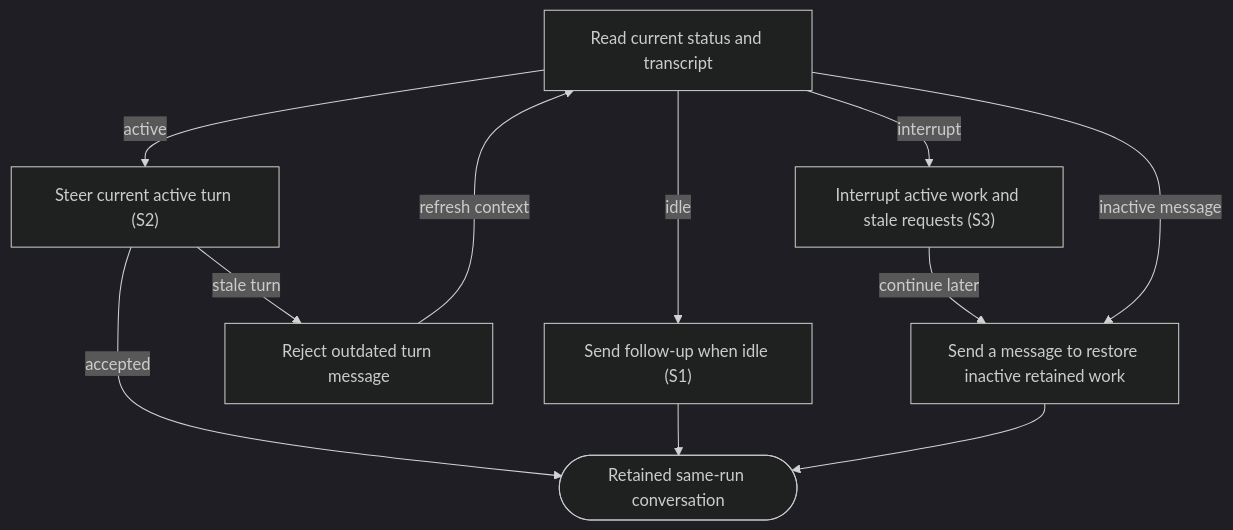
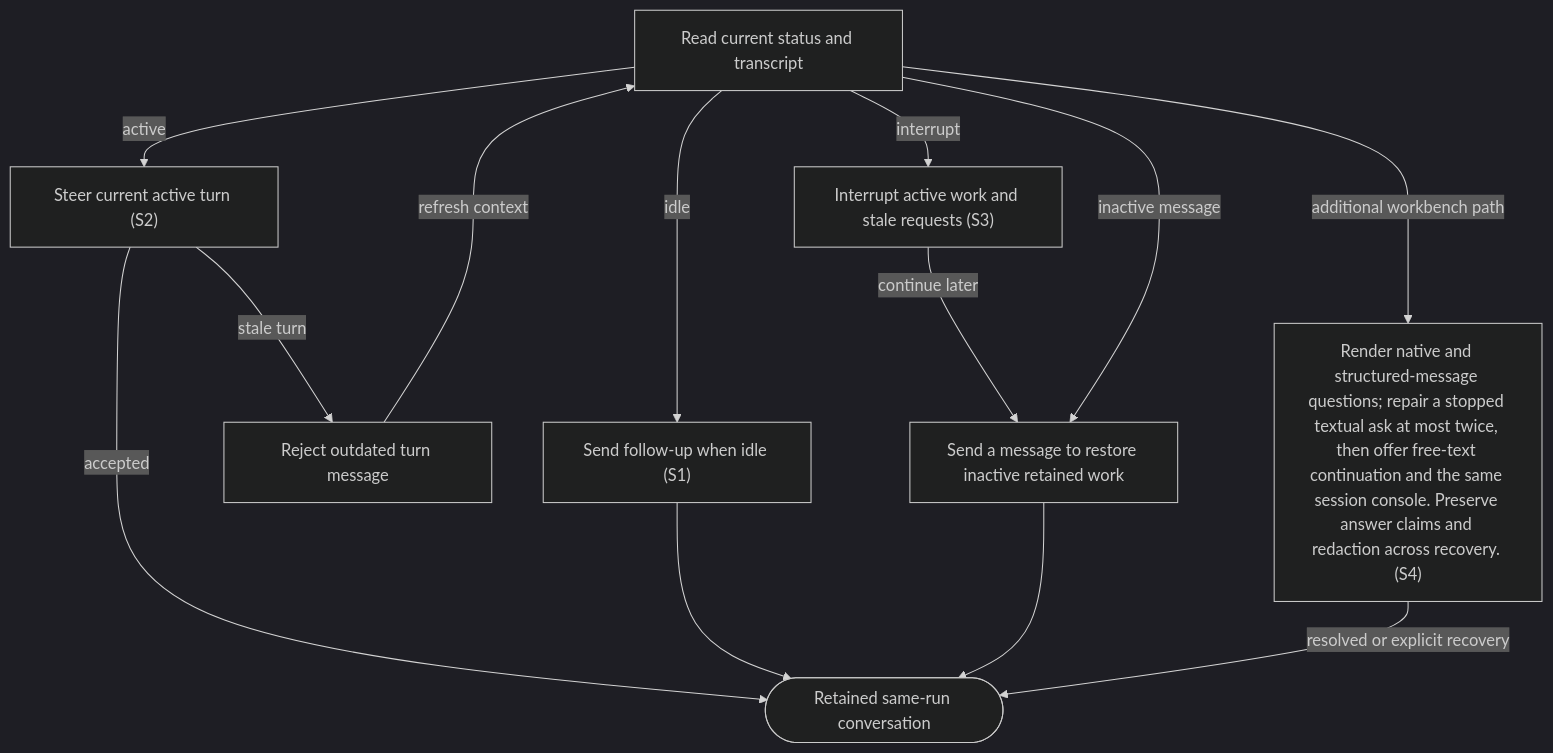
The diagram in docs/user-flows/interact-agent.md (dk-code-factory/code-factory-plugin), drawn with Mermaid (dark theme) before and after one commit. The commit also changed other lines of this file and 64 other files, not shown here.

````diff
--- a/docs/user-flows/interact-agent.md
+++ b/docs/user-flows/interact-agent.md
@@ -38,20 +42,23 @@
 ```mermaid
 flowchart TD
     N0["Read current status and transcript"]
     N1["Send follow-up when idle #40;S1#41;"]
     N2["Steer current active turn #40;S2#41;"]
     N3["Interrupt active work and stale requests #40;S3#41;"]
     N4["Reject outdated turn message"]
     N5["Send a message to restore inactive retained work"]
     N6(["Retained same-run conversation"])
+    N7["Render native and structured-message questions#59; repair a stopped textual ask at most twice, then offer free-text continuation and the same session console. Preserve answer claims and redaction across recovery. #40;S4#41;"]
     N0 -->|"idle"| N1
     N0 -->|"active"| N2
     N0 -->|"interrupt"| N3
     N2 -->|"stale turn"| N4
     N4 -->|"refresh context"| N0
     N2 -->|"accepted"| N6
     N1 --> N6
     N3 -->|"continue later"| N5
     N5 --> N6
     N0 -->|"inactive message"| N5
+    N0 -->|"additional workbench path"| N7
+    N7 -->|"resolved or explicit recovery"| N6
 ```
````
